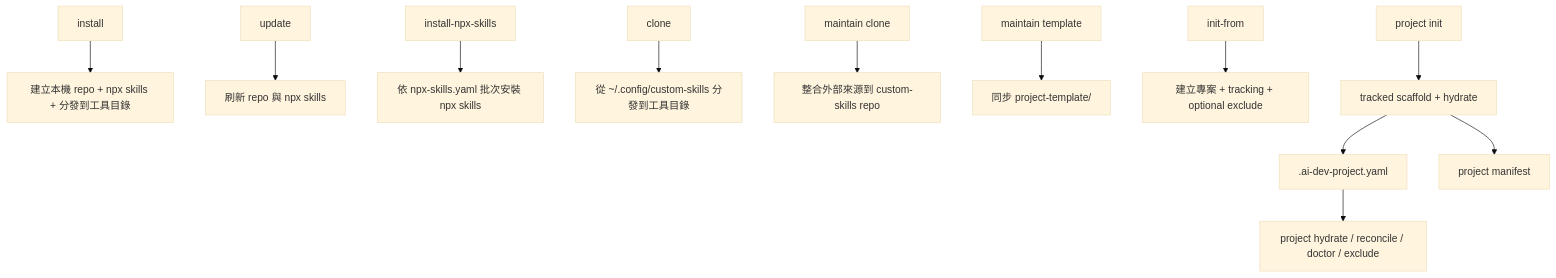
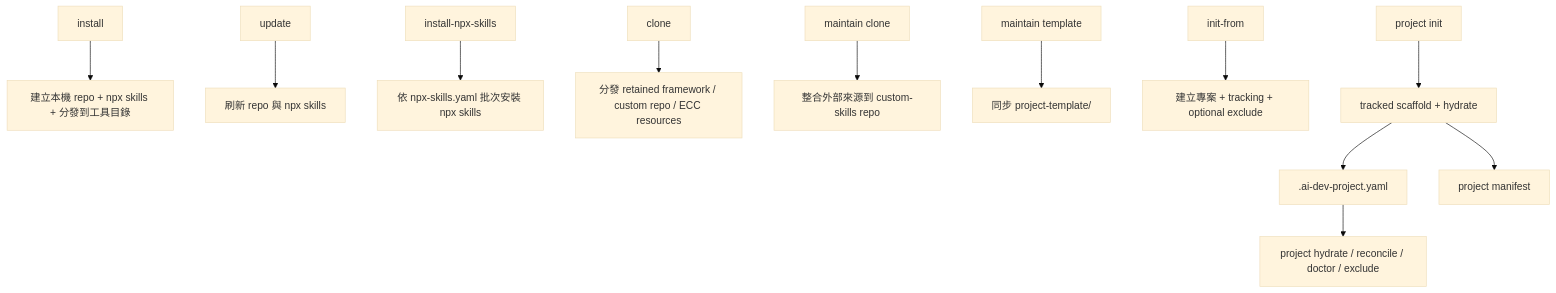
Before and after one commit to ValorVie/custom-skills: the second of 2 diagrams in docs/ai-dev指令與資料流參考.md, drawn with Mermaid (base theme). The commit also changed other lines of this file and 145 other files, not shown here.

````diff
--- a/docs/ai-dev指令與資料流參考.md
+++ b/docs/ai-dev指令與資料流參考.md
@@ -479,14 +485,14 @@
 ```mermaid
 flowchart TD
     A["install"] --> B["建立本機 repo + npx skills + 分發到工具目錄"]
     C["update"] --> D["刷新 repo 與 npx skills"]
     R["install-npx-skills"] --> S["依 npx-skills.yaml 批次安裝 npx skills"]
-    E["clone"] --> F["從 ~/.config/custom-skills 分發到工具目錄"]
+    E["clone"] --> F["分發 retained framework / custom repo / ECC resources"]
     G["maintain clone"] --> H["整合外部來源到 custom-skills repo"]
     I["maintain template"] --> J["同步 project-template/"]
     K["init-from"] --> L["建立專案 + tracking + optional exclude"]
     M["project init"] --> N["tracked scaffold + hydrate"]
     N --> O[".ai-dev-project.yaml"]
     N --> P["project manifest"]
     O --> Q["project hydrate / reconcile / doctor / exclude"]
 ```
````
